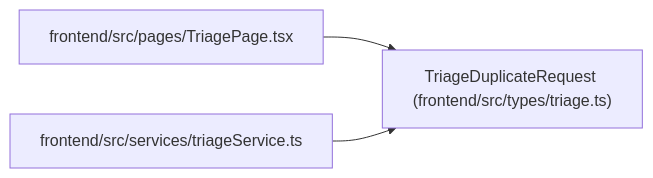
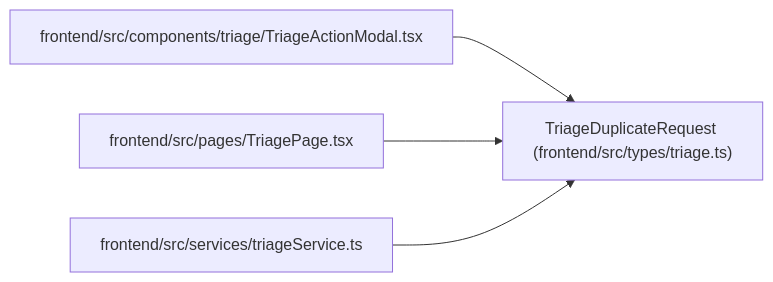
The diagram in docs/llm_wiki/entities/types_triage_TriageDuplicateRequest.md (Denissvgn/WorkChord), drawn with Mermaid before and after one commit. The commit also changed other lines of this file and 2373 other files, not shown here.

````diff
--- a/docs/llm_wiki/entities/types_triage_TriageDuplicateRequest.md
+++ b/docs/llm_wiki/entities/types_triage_TriageDuplicateRequest.md
@@ -28,11 +28,14 @@
 ```mermaid
 flowchart LR
     n0["TriageDuplicateRequest (frontend/src/types/triage.ts)"]
-    n1["frontend/src/pages/TriagePage.tsx"]
-    n2["frontend/src/services/triageService.ts"]
+    n1["frontend/src/components/triage/TriageActionModal.tsx"]
+    n2["frontend/src/pages/TriagePage.tsx"]
+    n3["frontend/src/services/triageService.ts"]
     n1 --> n0
     n2 --> n0
+    n3 --> n0
     click n0 "../modules/types_triage.md"
-    click n1 "../modules/TriagePage.md"
-    click n2 "../modules/triageService.md"
+    click n1 "../modules/TriageActionModal.md"
+    click n2 "../modules/TriagePage.md"
+    click n3 "../modules/triageService.md"
 ```
````
